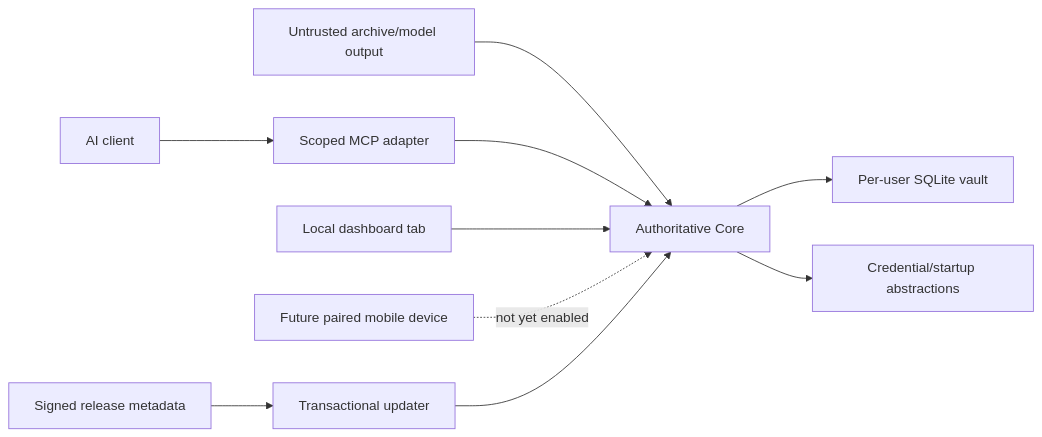
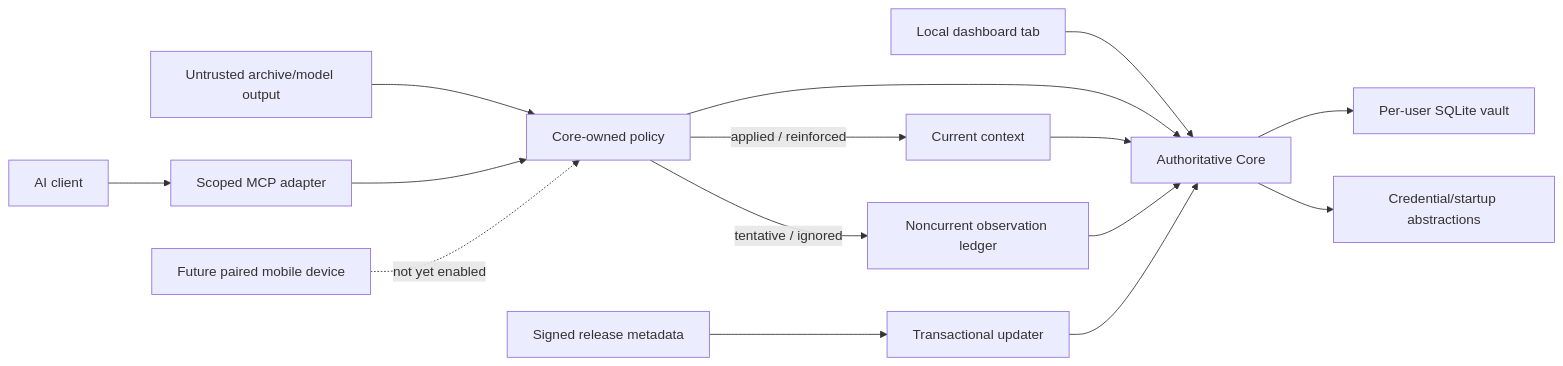
Before and after one commit to Martian-ux/All-The-Context: the diagram in docs/security/All The Context-threat-model.md, drawn with Mermaid. The commit also changed other lines of this file and 70 other files, not shown here.

````diff
--- a/docs/security/All The Context-threat-model.md
+++ b/docs/security/All The Context-threat-model.md
@@ -26,10 +27,15 @@
 ```mermaid
 flowchart LR
-  Import["Untrusted archive/model output"] --> Core["Authoritative Core"]
-  Client["AI client"] --> Adapter["Scoped MCP adapter"] --> Core
-  Browser["Local dashboard tab"] --> Core
+  Import["Untrusted archive/model output"] --> Policy["Core-owned policy"]
+  Client["AI client"] --> Adapter["Scoped MCP adapter"] --> Policy
+  Policy -->|"applied / reinforced"| Current["Current context"]
+  Policy -->|"tentative / ignored"| Ledger["Noncurrent observation ledger"]
+  Browser["Local dashboard tab"] --> Core["Authoritative Core"]
+  Policy --> Core
+  Current --> Core
+  Ledger --> Core
   Core --> Vault["Per-user SQLite vault"]
   Core --> OS["Credential/startup abstractions"]
-  Mobile["Future paired mobile device"] -. "not yet enabled" .-> Core
+  Mobile["Future paired mobile device"] -. "not yet enabled" .-> Policy
   Release["Signed release metadata"] --> Updater["Transactional updater"] --> Core
 ```
````
